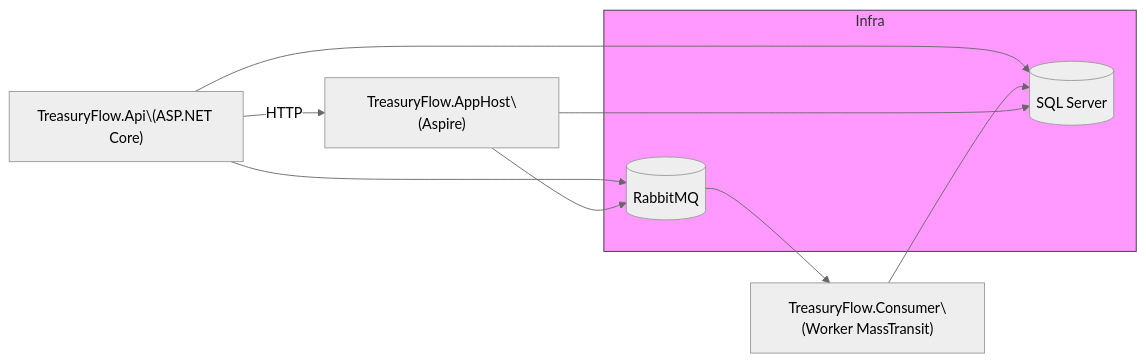
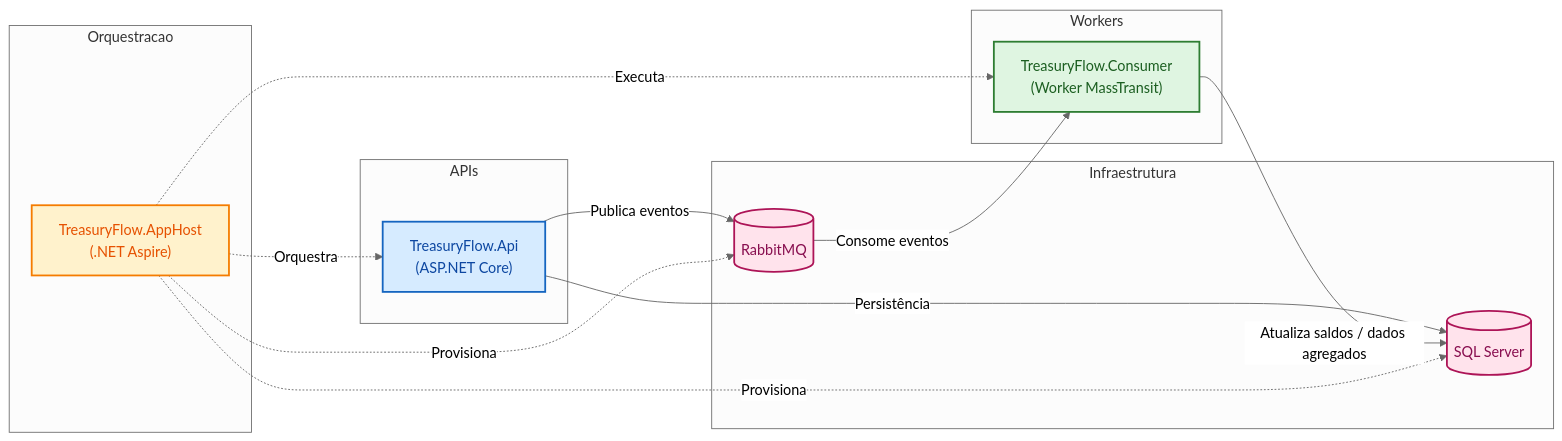
Before and after one commit to Tmazo/treasury-flow: the diagram in README.md, drawn with Mermaid (neutral theme). The commit also changed other lines of this file, not shown here.

Commit message:
Enhance architecture diagram and descriptions
Updated architecture diagram and explanations in README.md.

````diff
--- a/README.md
+++ b/README.md
@@ -75,22 +75,61 @@
 ```mermaid
 flowchart LR
-  subgraph Infra
+  %% =========================
+  %% Infraestrutura
+  %% =========================
+  subgraph Infraestrutura
     DB[(SQL Server)]
     RMQ[(RabbitMQ)]
   end
 
-  API["TreasuryFlow.Api\(ASP.NET Core)"]
-  Consumer["TreasuryFlow.Consumer\(Worker MassTransit)"]
-  App["TreasuryFlow.AppHost\(Aspire)"]
+  %% =========================
+  %% API Pública
+  %% =========================
+  subgraph APIs
+    API["TreasuryFlow.Api<br/>(ASP.NET Core)"]
+  end
 
-  API --> DB
-  API --> RMQ
-  API -->|HTTP| App
-  RMQ --> Consumer
-  Consumer --> DB
-  App --> DB
-  App --> RMQ
+  %% =========================
+  %% Workers / Consumers
+  %% =========================
+  subgraph Workers
+    Consumer["TreasuryFlow.Consumer<br/>(Worker MassTransit)"]
+  end
 
-  classDef infra fill:#f9f,stroke:#333,stroke-width:1px;
-  class Infra infra;
+  %% =========================
+  %% Orquestração (Aspire)
+  %% =========================
+  subgraph Orquestracao
+    App["TreasuryFlow.AppHost<br/>(.NET Aspire)"]
+  end
+
+  %% =========================
+  %% Fluxos principais
+  %% =========================
+  API -->|Persistência| DB
+  API -->|Publica eventos| RMQ
+
+  RMQ -->|Consome eventos| Consumer
+  Consumer -->|Atualiza saldos / dados agregados| DB
+
+  %% =========================
+  %% Orquestração local
+  %% =========================
+  App -.->|Orquestra| API
+  App -.->|Executa| Consumer
+  App -.->|Provisiona| DB
+  App -.->|Provisiona| RMQ
+
+  %% =========================
+  %% Estilos (cores mais vivas e clean)
+  %% =========================
+  classDef api fill:#D6EBFF,stroke:#1565C0,stroke-width:2px,color:#0D47A1;
+  classDef worker fill:#DFF5E1,stroke:#2E7D32,stroke-width:2px,color:#1B5E20;
+  classDef infra fill:#FFE3EC,stroke:#AD1457,stroke-width:2px,color:#880E4F;
+  classDef orchestrator fill:#FFF2CC,stroke:#F57C00,stroke-width:2px,color:#E65100;
+
+  class API api;
+  class Consumer worker;
+  class DB,RMQ infra;
+  class App orchestrator;
 ```
````
